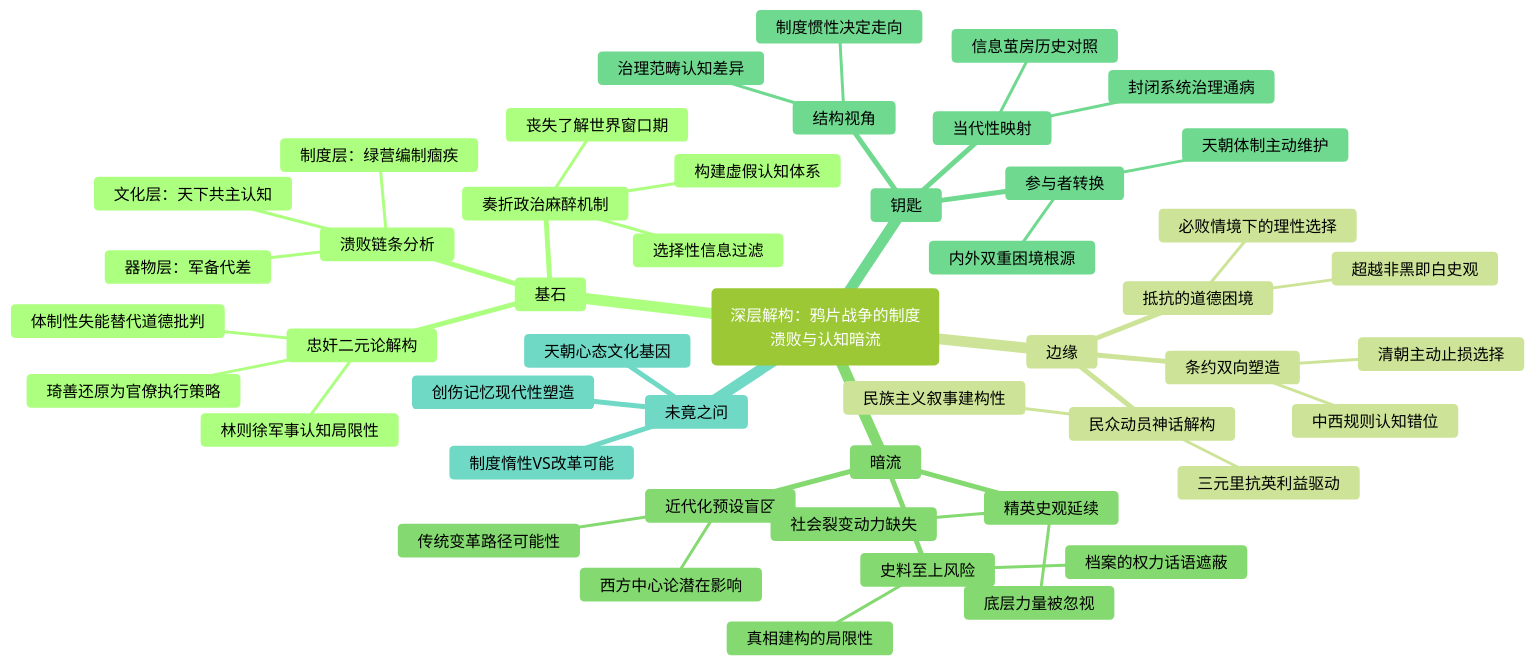
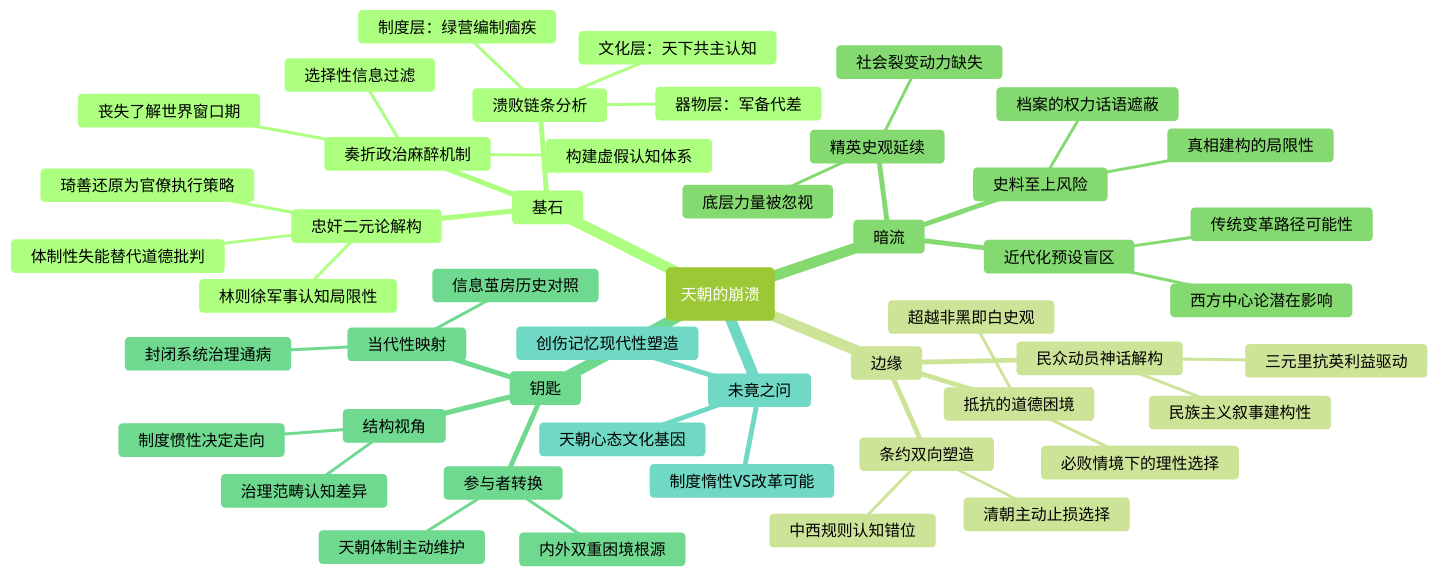
The diagram in 读书/中国历史/天朝的崩溃——茅海建.md (funloss/funKnowledge), drawn with Mermaid (forest theme) before and after one commit. The commit also changed 74 other files, not shown here.

````diff
--- a/读书/中国历史/天朝的崩溃——茅海建.md
+++ b/读书/中国历史/天朝的崩溃——茅海建.md
@@ -2,51 +2,51 @@
 ```mermaid
 mindmap
-  root(深层解构：鸦片战争的制度溃败与认知暗流)
+  root(天朝的崩溃)
     基石
       忠奸二元论解构
         琦善还原为官僚执行策略
         林则徐军事认知局限性
         体制性失能替代道德批判
       溃败链条分析
         器物层：军备代差
         制度层：绿营编制痼疾
         文化层：天下共主认知
       奏折政治麻醉机制
         选择性信息过滤
         构建虚假认知体系
         丧失了解世界窗口期
     边缘
       抵抗的道德困境
         必败情境下的理性选择
         超越非黑即白史观
       民众动员神话解构
         三元里抗英利益驱动
         民族主义叙事建构性
       条约双向塑造
         清朝主动止损选择
         中西规则认知错位
     暗流
       史料至上风险
         档案的权力话语遮蔽
         真相建构的局限性
       近代化预设盲区
         西方中心论潜在影响
         传统变革路径可能性
       精英史观延续
         底层力量被忽视
         社会裂变动力缺失
     钥匙
       结构视角
         制度惯性决定走向
         治理范畴认知差异
       参与者转换
         天朝体制主动维护
         内外双重困境根源
       当代性映射
         信息茧房历史对照
         封闭系统治理通病
     未竟之问
       制度惰性VS改革可能
       天朝心态文化基因
       创伤记忆现代性塑造
 ```
````
